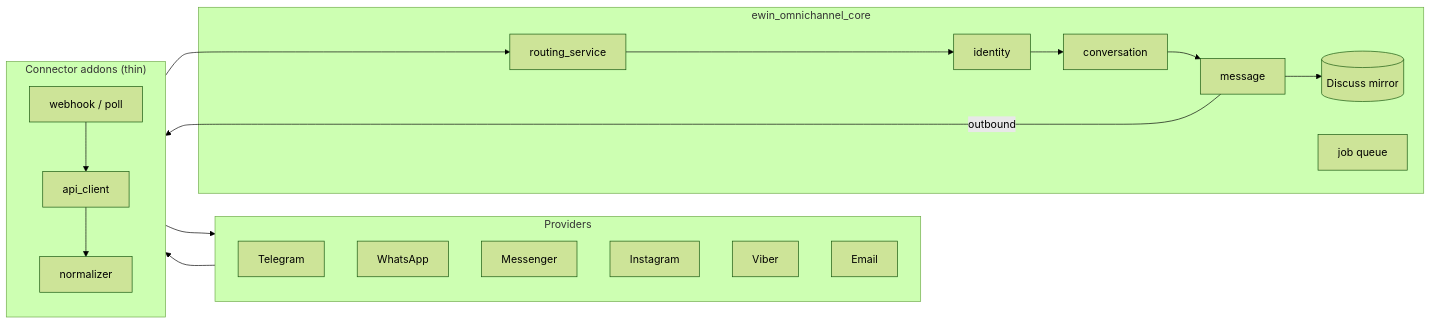
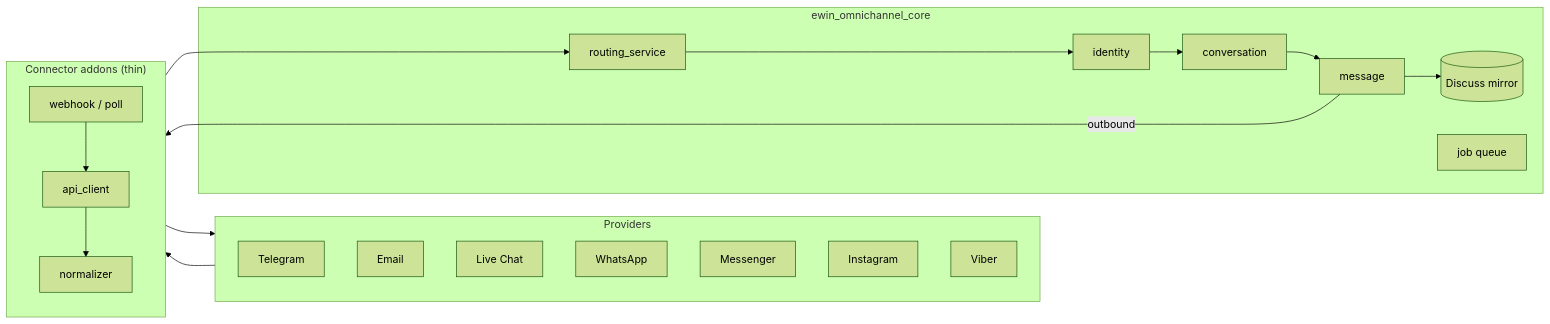
One commit to ewin-codes/ewin-inbox changed the diagram in README.md. Above: the diagram before and after it, drawn with Mermaid (forest theme). The commit also changed other lines of this file and 50 other files, not shown here.

````diff
--- a/README.md
+++ b/README.md
@@ -41,16 +101,16 @@
 ```mermaid
 flowchart LR
     subgraph Providers
-      TG[Telegram] & WA[WhatsApp] & MS[Messenger] & IG[Instagram] & VB[Viber] & EM[Email]
+      TG[Telegram] & EM[Email] & LC[Live Chat] & WA[WhatsApp] & MS[Messenger] & IG[Instagram] & VB[Viber]
     end
     subgraph Connectors["Connector addons (thin)"]
       C1[webhook / poll] --> C2[api_client] --> C3[normalizer]
     end
     subgraph Core["ewin_omnichannel_core"]
       R[routing_service] --> I[identity] --> V[conversation] --> M[message]
       M --> D[(Discuss mirror)]
       Q[job queue]
     end
     Providers --> Connectors --> R
     M -->|outbound| Connectors --> Providers
 ```
````
